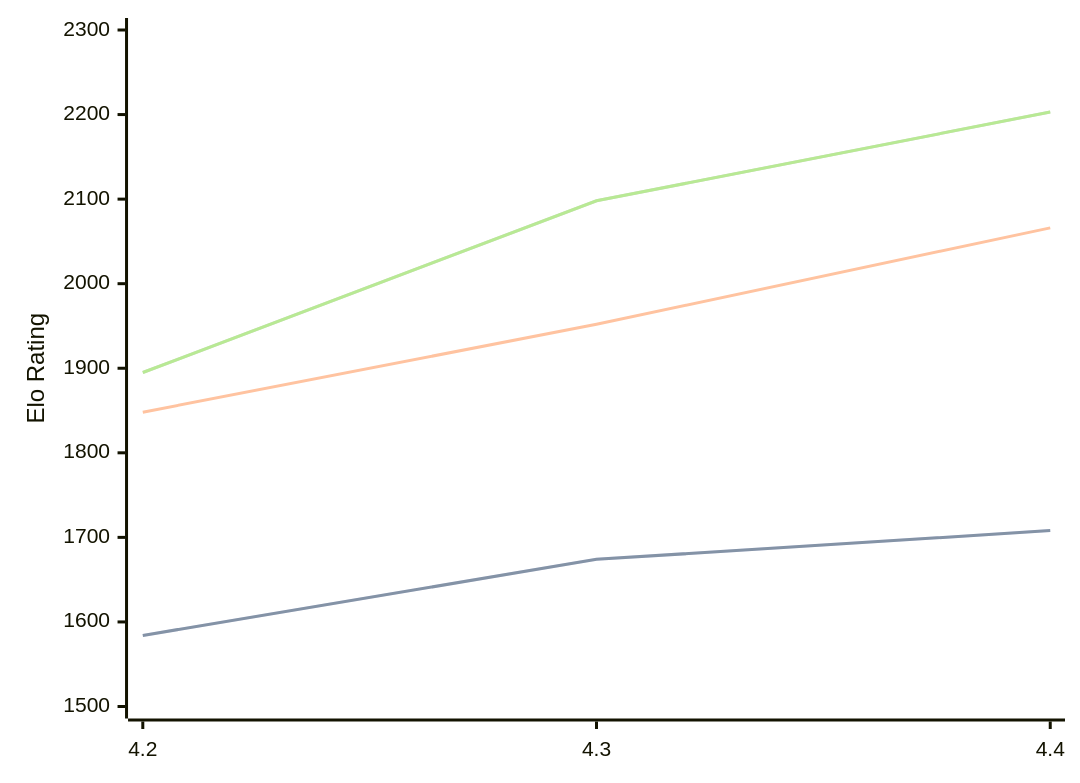
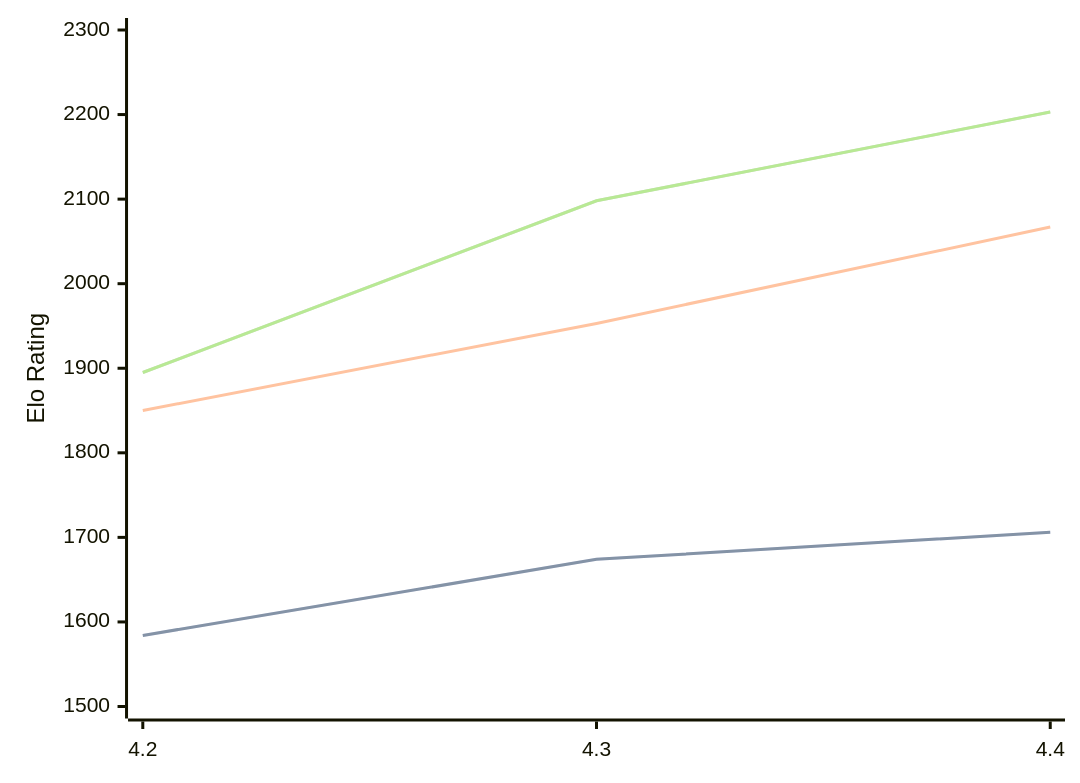
The diagram in engines/Radiance.md (computer-chess-index/cci), drawn with Mermaid before and after one commit. The commit also changed other lines of this file, not shown here.

````diff
--- a/engines/Radiance.md
+++ b/engines/Radiance.md
@@ -33,11 +33,11 @@
 ```mermaid
 %%{init: {"theme":"base","themeVariables":{"seriesColors:['#a3a3a3','#222221','#faa371']}}}%%
 xychart-beta
   x-axis ["4.2", "4.3", "4.4"]
   y-axis "Elo Rating" 1500 --> 2300
-  line "" [1584, 1674, 1708]
-  line "STC (8.0+0.08s)" [1584, 1674, 1708]
-  line "LTC (60.0+0.60s)" [1848, 1952, 2066]
+  line "" [1584, 1674, 1706]
+  line "STC (8.0+0.08s)" [1584, 1674, 1706]
+  line "LTC (60.0+0.60s)" [1850, 1953, 2067]
   line "" [1895, 2098, 2203]
   line "VLTC (2m24s+1.12s)" [1895, 2098, 2203]
 ```
````
